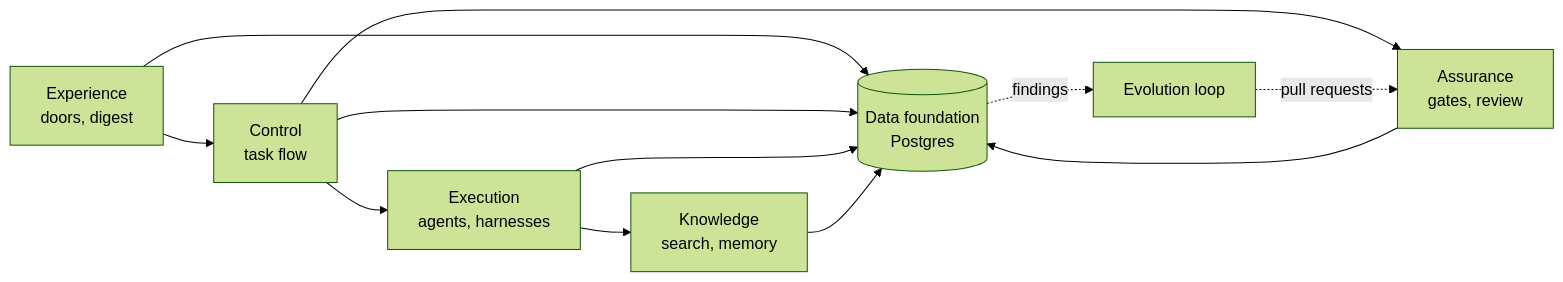
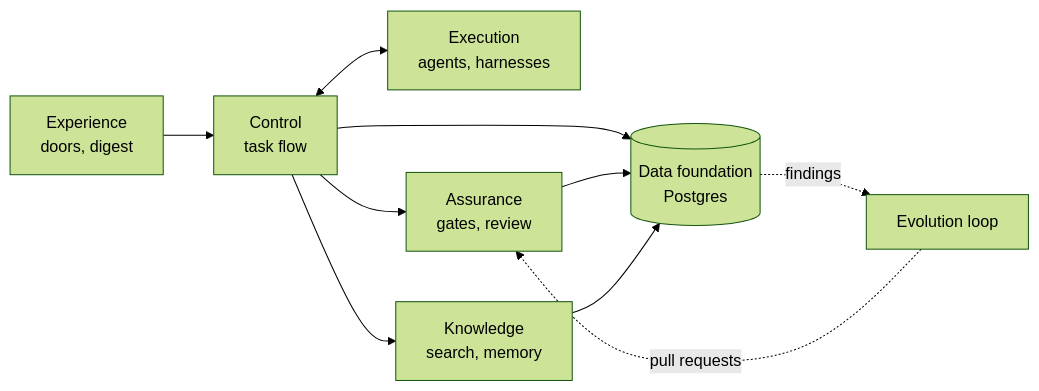
Before and after one commit to IlyaChakun/nightshift: the diagram in README.md, drawn with Mermaid (forest theme). The commit also changed other lines of this file and 6 other files, not shown here.

````diff
--- a/README.md
+++ b/README.md
@@ -14,10 +14,10 @@
 ```mermaid
 flowchart LR
   exp["Experience<br/>doors, digest"] --> ctl["Control<br/>task flow"]
-  ctl --> exe["Execution<br/>agents, harnesses"]
+  ctl <--> exe["Execution<br/>agents, harnesses"]
   ctl --> asr["Assurance<br/>gates, review"]
-  exe --> kno["Knowledge<br/>search, memory"]
-  exp & ctl & exe & kno & asr --> data[("Data foundation<br/>Postgres")]
+  ctl --> kno["Knowledge<br/>search, memory"]
+  ctl & asr & kno --> data[("Data foundation<br/>Postgres")]
   data -. findings .-> evo["Evolution loop"]
   evo -. pull requests .-> asr
 ```
````
